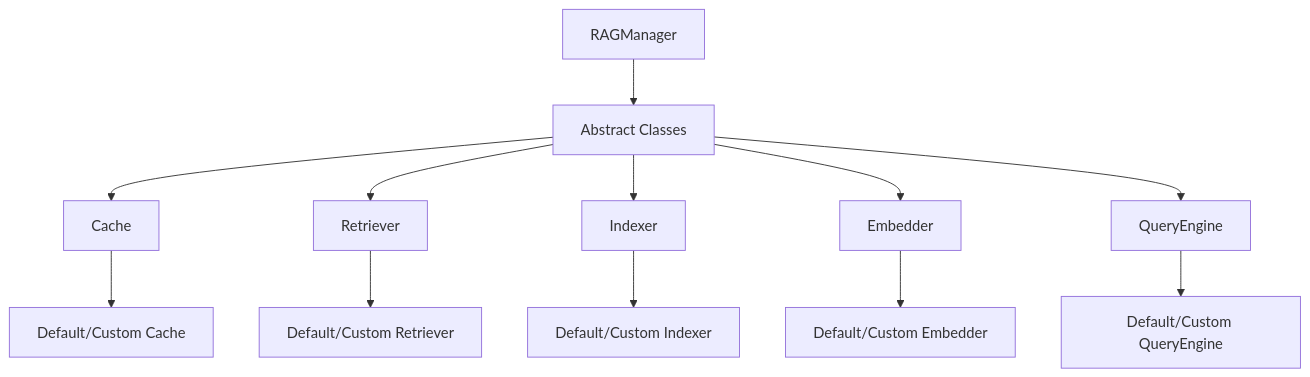
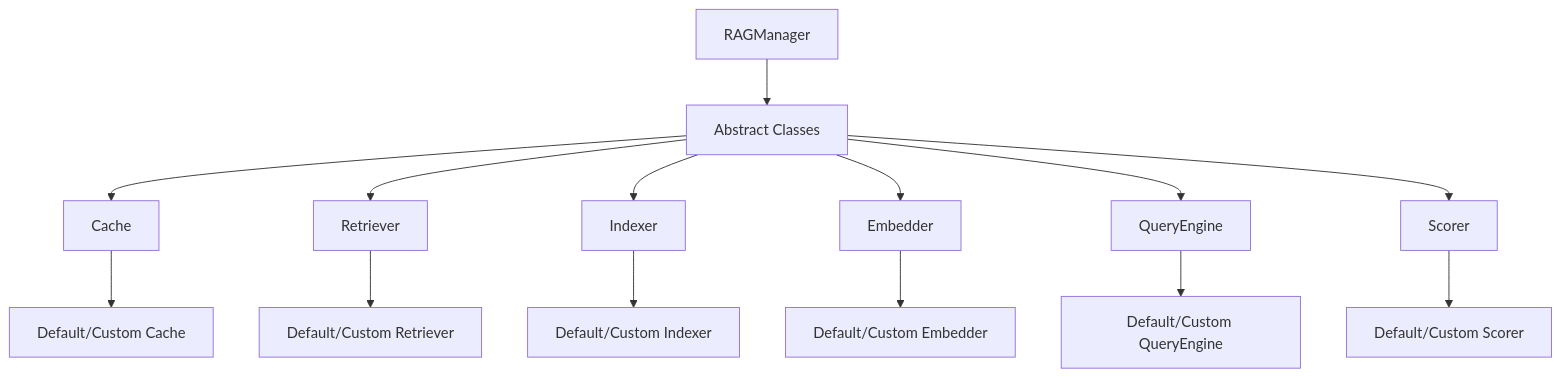
The third of 5 diagrams in README.md (Kernel-Dirichlet/AcceleRAG), drawn with Mermaid before and after one commit. The commit also changed other lines of this file and 6 other files, not shown here.

````diff
--- a/README.md
+++ b/README.md
@@ -376,15 +299,17 @@
 ```mermaid
 graph TD
     A[RAGManager] --> B[Abstract Classes]
     B --> C[Cache]
     B --> D[Retriever]
     B --> E[Indexer]
     B --> F[Embedder]
     B --> G[QueryEngine]
+    B --> H[Scorer]
     
-    C --> H[Default/Custom Cache]
-    D --> I[Default/Custom Retriever]
-    E --> J[Default/Custom Indexer]
-    F --> K[Default/Custom Embedder]
-    G --> L[Default/Custom QueryEngine]
+    C --> I[Default/Custom Cache]
+    D --> J[Default/Custom Retriever]
+    E --> K[Default/Custom Indexer]
+    F --> L[Default/Custom Embedder]
+    G --> M[Default/Custom QueryEngine]
+    H --> N[Default/Custom Scorer]
 ```
````
